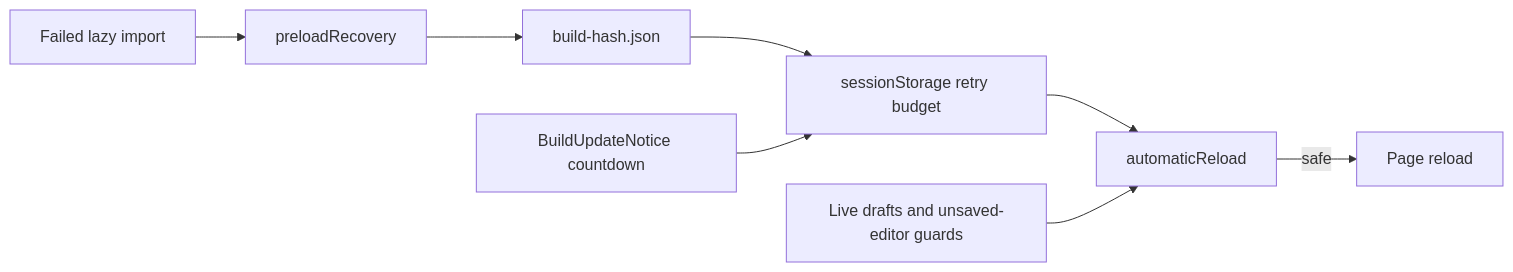
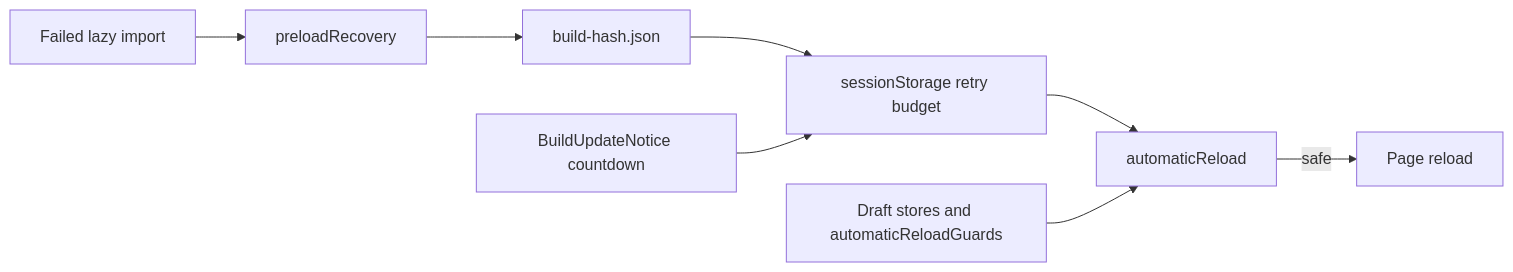
Diagram 13 of 19 in docs/other/architecture.md (ocman/ocman), drawn with Mermaid before and after one commit. The commit also changed other lines of this file and 7 other files, not shown here.

First line of the commit message:
fix(composer): guard live attachments and unsaved input on reload

````diff
--- a/docs/other/architecture.md
+++ b/docs/other/architecture.md
@@ -1569,10 +1569,10 @@
 ```mermaid
 flowchart LR
     Chunk[Failed lazy import] --> Recovery[preloadRecovery]
     Recovery --> Probe[build-hash.json]
     Probe --> Budget[sessionStorage retry budget]
     Budget --> Safety[automaticReload]
     Notice[BuildUpdateNotice countdown] --> Budget
-    Drafts[Live drafts and unsaved-editor guards] --> Safety
+    Drafts[Draft stores and automaticReloadGuards] --> Safety
     Safety -->|safe| Reload[Page reload]
 ```
````
